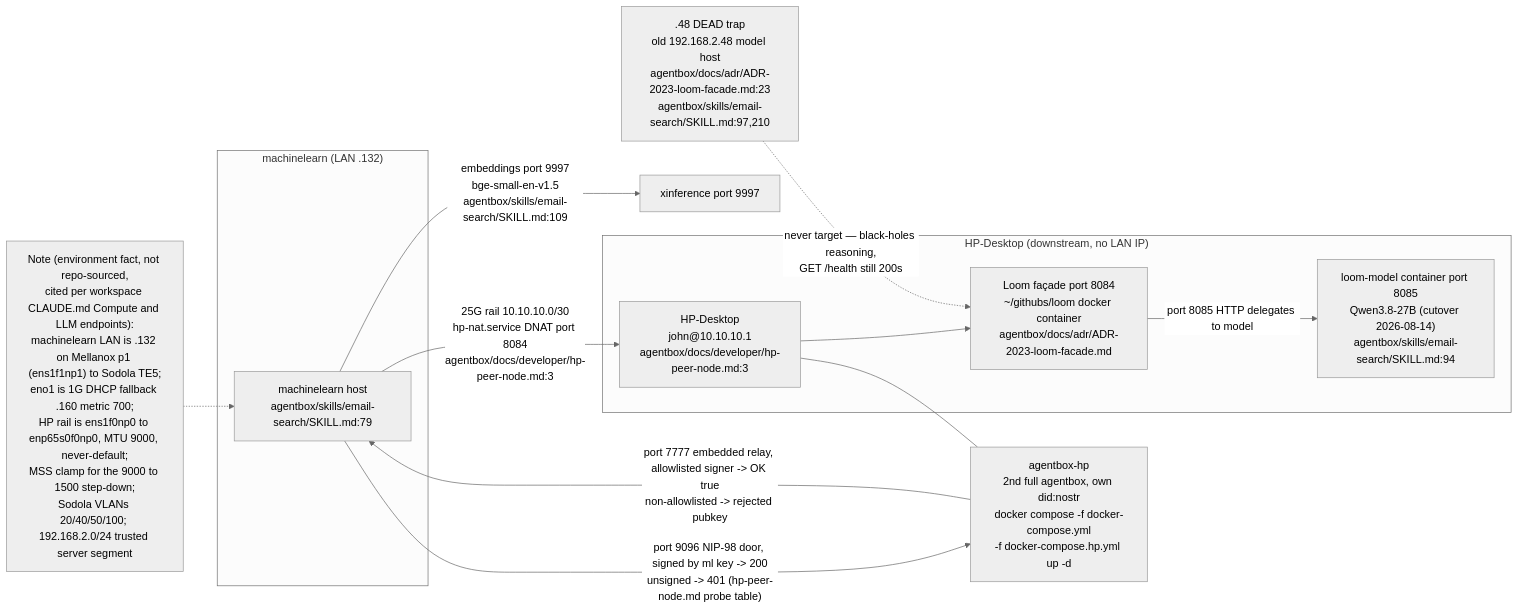
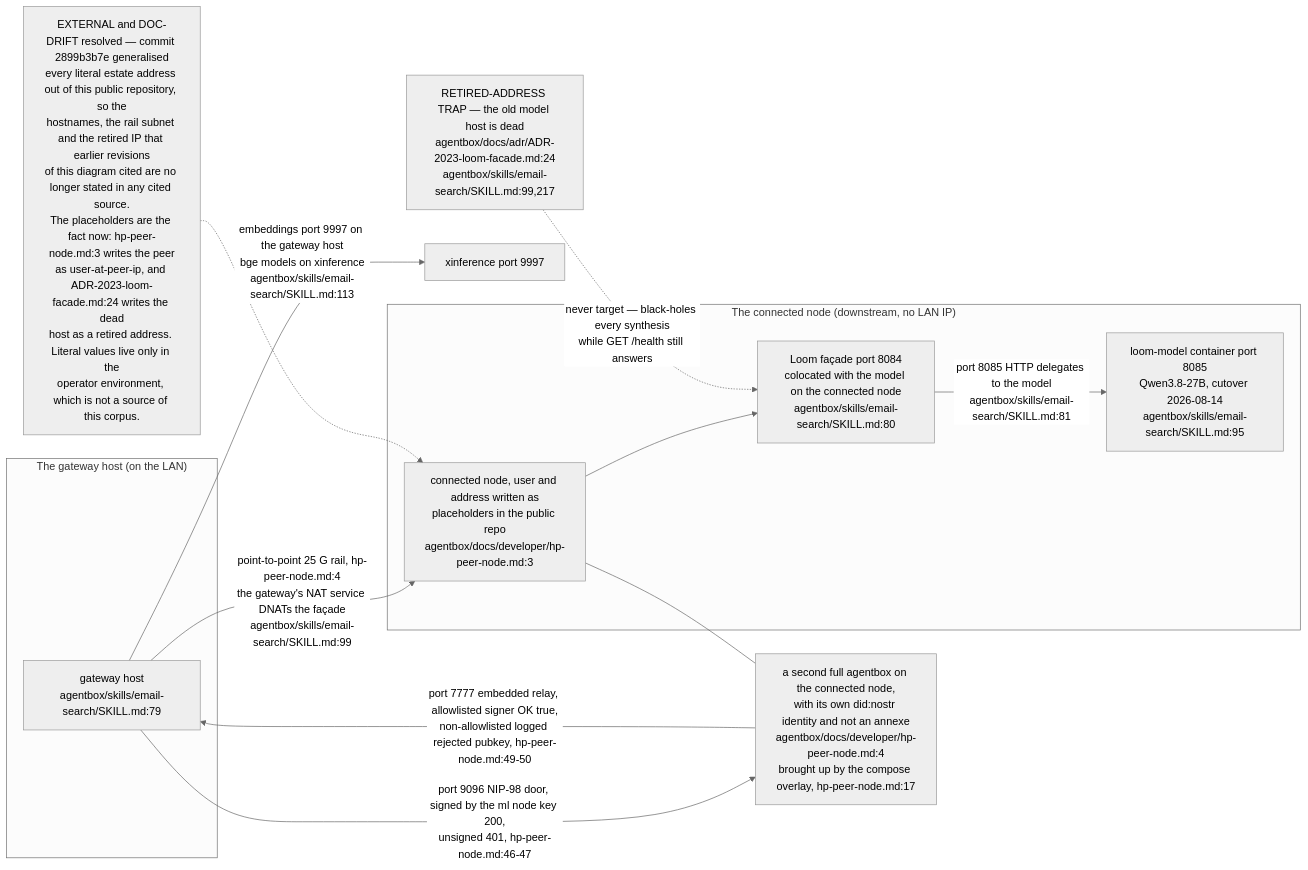
The second of 8 diagrams in docs/diagrams/estate/01-estate-topology.md (DreamLab-AI/VisionFlow), drawn with Mermaid (neutral theme) before and after one commit. The commit also changed other lines of this file and 12 other files, not shown here.

````diff
--- a/docs/diagrams/estate/01-estate-topology.md
+++ b/docs/diagrams/estate/01-estate-topology.md
@@ -83,26 +93,26 @@
 ```mermaid
 flowchart LR
-    subgraph ML["machinelearn (LAN .132)"]
-        MLHOST["machinelearn host<br/>agentbox/skills/email-search/SKILL.md:79"]
+    subgraph ML["The gateway host (on the LAN)"]
+        MLHOST["gateway host<br/>agentbox/skills/email-search/SKILL.md:79"]
     end
-    subgraph HP["HP-Desktop (downstream, no LAN IP)"]
-        HPHOST["HP-Desktop<br/>john@10.10.10.1<br/>agentbox/docs/developer/hp-peer-node.md:3"]
-        LOOMFACADE["Loom façade port 8084<br/>~/githubs/loom docker container<br/>agentbox/docs/adr/ADR-2023-loom-facade.md"]
-        LOOMMODEL["loom-model container port 8085<br/>Qwen3.8-27B (cutover 2026-08-14)<br/>agentbox/skills/email-search/SKILL.md:94"]
+    subgraph HP["The connected node (downstream, no LAN IP)"]
+        HPHOST["connected node, user and address written as<br/>placeholders in the public repo<br/>agentbox/docs/developer/hp-peer-node.md:3"]
+        LOOMFACADE["Loom façade port 8084<br/>colocated with the model on the connected node<br/>agentbox/skills/email-search/SKILL.md:80"]
+        LOOMMODEL["loom-model container port 8085<br/>Qwen3.8-27B, cutover 2026-08-14<br/>agentbox/skills/email-search/SKILL.md:95"]
     end
-    MLHOST -->|"25G rail 10.10.10.0/30<br/>hp-nat.service DNAT port 8084<br/>agentbox/docs/developer/hp-peer-node.md:3"| HPHOST
+    MLHOST -->|"point-to-point 25 G rail, hp-peer-node.md:4<br/>the gateway's NAT service DNATs the façade<br/>agentbox/skills/email-search/SKILL.md:99"| HPHOST
     HPHOST --> LOOMFACADE
-    LOOMFACADE -->|"port 8085 HTTP delegates to model"| LOOMMODEL
-    MLHOST -->|"embeddings port 9997<br/>bge-small-en-v1.5<br/>agentbox/skills/email-search/SKILL.md:109"| XINF["xinference port 9997"]
+    LOOMFACADE -->|"port 8085 HTTP delegates to the model<br/>agentbox/skills/email-search/SKILL.md:81"| LOOMMODEL
+    MLHOST -->|"embeddings port 9997 on the gateway host<br/>bge models on xinference<br/>agentbox/skills/email-search/SKILL.md:113"| XINF["xinference port 9997"]
 
-    DEAD[".48 DEAD trap<br/>old 192.168.2.48 model host<br/>agentbox/docs/adr/ADR-2023-loom-facade.md:23<br/>agentbox/skills/email-search/SKILL.md:97,210"]
-    DEAD -.->|"never target — black-holes reasoning,<br/>GET /health still 200s"| LOOMFACADE
+    DEAD["RETIRED-ADDRESS TRAP — the old model host is dead<br/>agentbox/docs/adr/ADR-2023-loom-facade.md:24<br/>agentbox/skills/email-search/SKILL.md:99,217"]
+    DEAD -.->|"never target — black-holes every synthesis<br/>while GET /health still answers"| LOOMFACADE
 
-    MESHNODE["agentbox-hp<br/>2nd full agentbox, own did:nostr<br/>docker compose -f docker-compose.yml<br/>-f docker-compose.hp.yml up -d"]
+    MESHNODE["a second full agentbox on the connected node,<br/>with its own did:nostr identity and not an annexe<br/>agentbox/docs/developer/hp-peer-node.md:4<br/>brought up by the compose overlay, hp-peer-node.md:17"]
     HPHOST --- MESHNODE
-    MLHOST -->|"port 9096 NIP-98 door, signed by ml key -> 200<br/>unsigned -> 401 (hp-peer-node.md probe table)"| MESHNODE
-    MESHNODE -->|"port 7777 embedded relay, allowlisted signer -> OK true<br/>non-allowlisted -> rejected pubkey"| MLHOST
+    MLHOST -->|"port 9096 NIP-98 door, signed by the ml node key 200,<br/>unsigned 401, hp-peer-node.md:46-47"| MESHNODE
+    MESHNODE -->|"port 7777 embedded relay, allowlisted signer OK true,<br/>non-allowlisted logged rejected pubkey, hp-peer-node.md:49-50"| MLHOST
 
-    NOTEENV["Note (environment fact, not repo-sourced,<br/>cited per workspace CLAUDE.md Compute and LLM endpoints):<br/>machinelearn LAN is .132 on Mellanox p1 (ens1f1np1) to Sodola TE5;<br/>eno1 is 1G DHCP fallback .160 metric 700;<br/>HP rail is ens1f0np0 to enp65s0f0np0, MTU 9000, never-default;<br/>MSS clamp for the 9000 to 1500 step-down;<br/>Sodola VLANs 20/40/50/100; 192.168.2.0/24 trusted server segment"]
-    NOTEENV -.-> MLHOST
+    GEN["EXTERNAL and DOC-DRIFT resolved — commit 2899b3b7e generalised<br/>every literal estate address out of this public repository, so the<br/>hostnames, the rail subnet and the retired IP that earlier revisions<br/>of this diagram cited are no longer stated in any cited source.<br/>The placeholders are the fact now: hp-peer-node.md:3 writes the peer<br/>as user-at-peer-ip, and ADR-2023-loom-facade.md:24 writes the dead<br/>host as a retired address. Literal values live only in the<br/>operator environment, which is not a source of this corpus."]
+    GEN -.-> HPHOST
 ```
````
